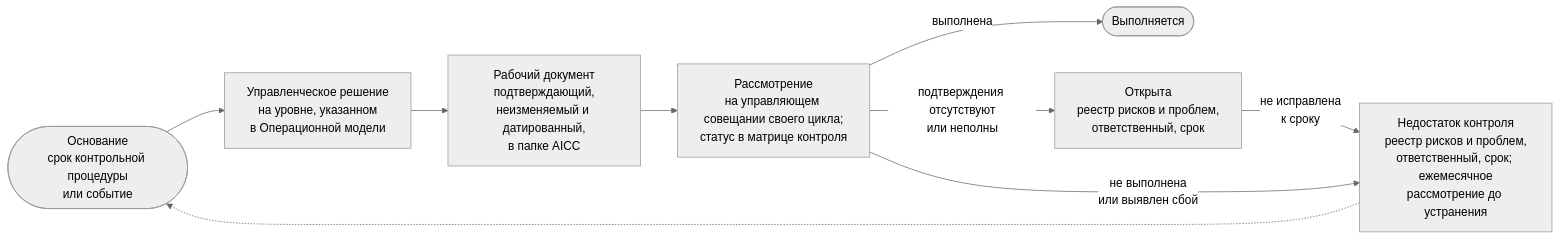
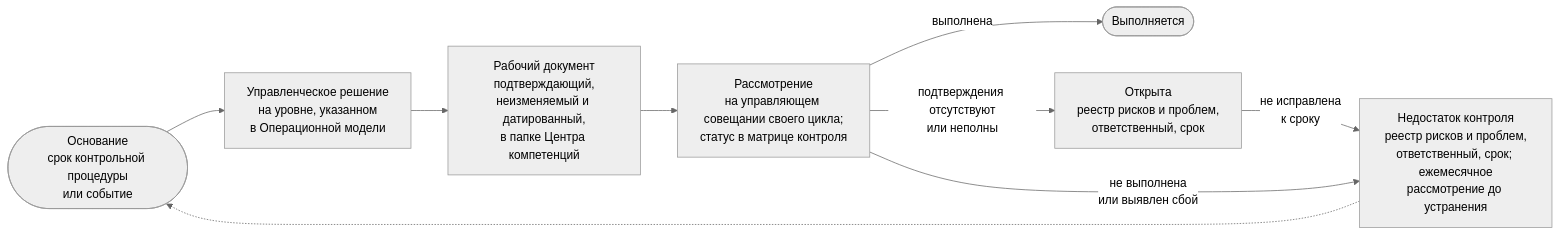
One commit to devhogu/ob-aicc changed the diagram in portal/content/ru/governance/controls-and-the-catalogue.md. Above: the diagram before and after it, drawn with Mermaid (neutral theme). The commit also changed other lines of this file and 1149 other files, not shown here.

````diff
--- a/portal/content/ru/governance/controls-and-the-catalogue.md
+++ b/portal/content/ru/governance/controls-and-the-catalogue.md
@@ -31,11 +31,11 @@
 ```mermaid
 flowchart LR
   T(["Основание<br/>срок контрольной процедуры<br/>или событие"]) --> D["Управленческое решение<br/>на уровне, указанном<br/>в Операционной модели"]
-  D --> R["Рабочий документ<br/>подтверждающий,<br/>неизменяемый и датированный,<br/>в папке AICC"]
+  D --> R["Рабочий документ<br/>подтверждающий,<br/>неизменяемый и датированный,<br/>в папке Центра компетенций"]
   R --> V["Рассмотрение<br/>на управляющем совещании своего цикла;<br/>статус в матрице контроля"]
   V -->|"выполнена"| OK(["Выполняется"])
   V -->|"подтверждения отсутствуют<br/>или неполны"| OP["Открыта<br/>реестр рисков и проблем,<br/>ответственный, срок"]
   OP -->|"не исправлена<br/>к сроку"| DF
   V -->|"не выполнена<br/>или выявлен сбой"| DF["Недостаток контроля<br/>реестр рисков и проблем,<br/>ответственный, срок; ежемесячное<br/>рассмотрение до устранения"]
   DF -.-> T
 ```
````
